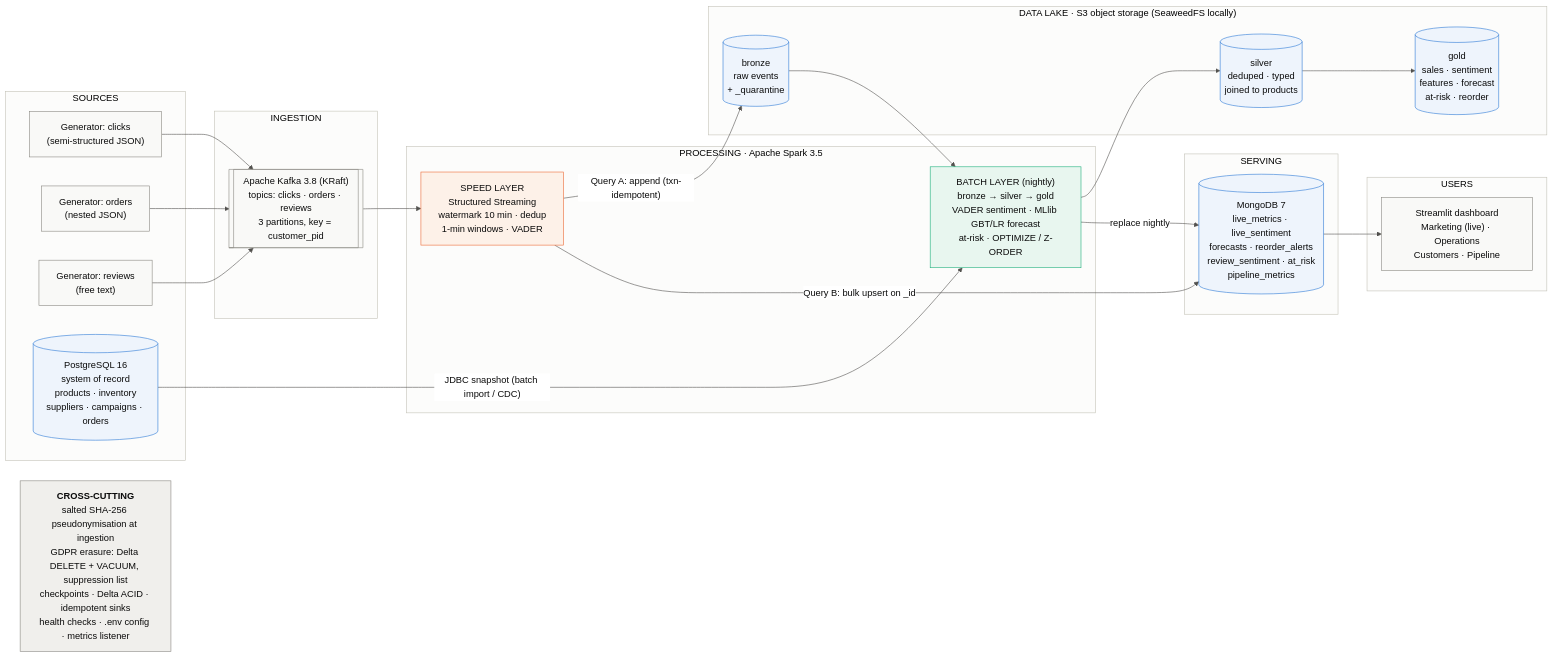
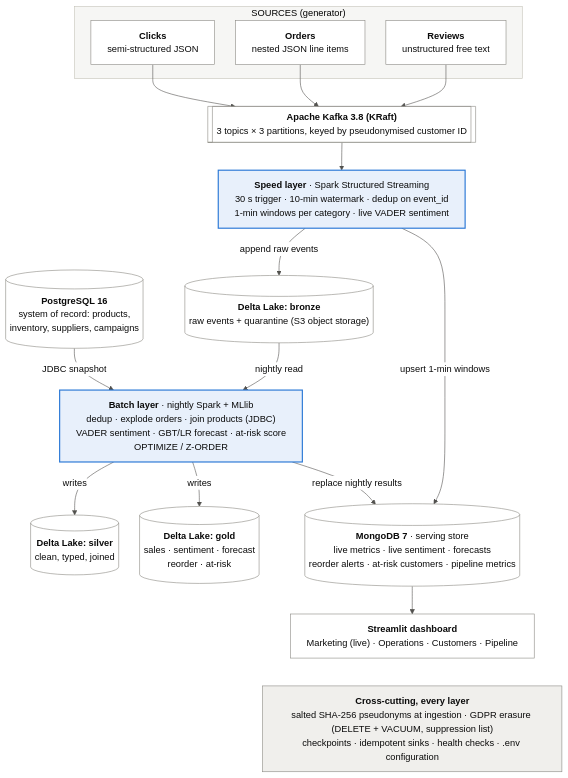
One commit to yvee2026/ezyshop-bigdata-prototype changed the diagram in docs/architecture.mmd. Above: the diagram before and after it, drawn with Mermaid. The commit also changed 2 other files, not shown here.

Commit message:
Architecture diagram: top-to-bottom Mermaid layout readable at A4
Removes nested groups (Mermaid overlapped them), renders at 2x for print,
and is now the single source for the README, report and video.

```diff
--- a/docs/architecture.mmd
+++ b/docs/architecture.mmd
@@ -1,55 +1,49 @@
 %% EzyShop Big Data prototype: Lambda architecture (render: make diagram)
-%%{init: {"theme": "base", "themeVariables": {"primaryColor": "#f9f9f7", "primaryBorderColor": "#898781", "primaryTextColor": "#0b0b0b", "lineColor": "#52514e", "clusterBkg": "#fcfcfb", "clusterBorder": "#c3c2b7", "edgeLabelBackground": "#ffffff"}}}%%
-flowchart LR
-  subgraph SRC["SOURCES"]
-    G1["Generator: clicks<br/>(semi-structured JSON)"]
-    G2["Generator: orders<br/>(nested JSON)"]
-    G3["Generator: reviews<br/>(free text)"]
-    PG[("PostgreSQL 16<br/>system of record<br/>products · inventory<br/>suppliers · campaigns · orders")]
+%% Top to bottom so it stays readable at A4 page width; no nested groups (Mermaid
+%% overlaps groups whose nodes link outside them).
+%%{init: {"theme": "base", "flowchart": {"nodeSpacing": 36, "rankSpacing": 48, "padding": 14, "wrappingWidth": 460}, "themeVariables": {"primaryColor": "#ffffff", "primaryBorderColor": "#898781", "primaryTextColor": "#0b0b0b", "lineColor": "#52514e", "clusterBkg": "#f6f6f4", "clusterBorder": "#c3c2b7", "edgeLabelBackground": "#ffffff", "fontSize": "16px"}}}%%
+flowchart TB
+  subgraph SRC["SOURCES (generator)"]
+    G1["<b>Clicks</b><br/>semi-structured JSON"]
+    G2["<b>Orders</b><br/>nested JSON line items"]
+    G3["<b>Reviews</b><br/>unstructured free text"]
   end
+  PG[("<b>PostgreSQL 16</b><br/>system of record: products,<br/>inventory, suppliers, campaigns")]
 
-  subgraph ING["INGESTION"]
-    K[["Apache Kafka 3.8 (KRaft)<br/>topics: clicks · orders · reviews<br/>3 partitions, key = customer_pid"]]
-  end
+  K[["<b>Apache Kafka 3.8 (KRaft)</b><br/>3 topics × 3 partitions, keyed by pseudonymised customer ID"]]
 
-  subgraph PROC["PROCESSING · Apache Spark 3.5"]
-    SP["SPEED LAYER<br/>Structured Streaming<br/>watermark 10 min · dedup<br/>1-min windows · VADER"]
-    BA["BATCH LAYER (nightly)<br/>bronze → silver → gold<br/>VADER sentiment · MLlib GBT/LR forecast<br/>at-risk · OPTIMIZE / Z-ORDER"]
-  end
+  SP["<b>Speed layer</b> · Spark Structured Streaming<br/>30 s trigger · 10-min watermark · dedup on event_id<br/>1-min windows per category · live VADER sentiment"]
 
-  subgraph LAKE["DATA LAKE · S3 object storage (SeaweedFS locally)"]
-    BR[("bronze<br/>raw events<br/>+ _quarantine")]
-    SI[("silver<br/>deduped · typed<br/>joined to products")]
-    GO[("gold<br/>sales · sentiment<br/>features · forecast<br/>at-risk · reorder")]
-  end
+  BR[("<b>Delta Lake: bronze</b><br/>raw events + quarantine (S3 object storage)")]
 
-  subgraph SERVE["SERVING"]
-    M[("MongoDB 7<br/>live_metrics · live_sentiment<br/>forecasts · reorder_alerts<br/>review_sentiment · at_risk<br/>pipeline_metrics")]
-  end
+  BA["<b>Batch layer</b> · nightly Spark + MLlib<br/>dedup · explode orders · join products (JDBC)<br/>VADER sentiment · GBT/LR forecast · at-risk score<br/>OPTIMIZE / Z-ORDER"]
 
-  subgraph USERS["USERS"]
-    D["Streamlit dashboard<br/>Marketing (live) · Operations<br/>Customers · Pipeline"]
-  end
+  SI[("<b>Delta Lake: silver</b><br/>clean, typed, joined")]
+  GO[("<b>Delta Lake: gold</b><br/>sales · sentiment · forecast<br/>reorder · at-risk")]
+
+  M[("<b>MongoDB 7</b> · serving store<br/>live metrics · live sentiment · forecasts<br/>reorder alerts · at-risk customers · pipeline metrics")]
+
+  D["<b>Streamlit dashboard</b><br/>Marketing (live) · Operations · Customers · Pipeline"]
+
+  X["<b>Cross-cutting, every layer</b><br/>salted SHA-256 pseudonyms at ingestion · GDPR erasure (DELETE + VACUUM, suppression list)<br/>checkpoints · idempotent sinks · health checks · .env configuration"]
 
   G1 --> K
   G2 --> K
   G3 --> K
   K --> SP
-  SP -- "Query A: append (txn-idempotent)" --> BR
-  SP -- "Query B: bulk upsert on _id" --> M
-  BR --> BA
-  PG -- "JDBC snapshot (batch import / CDC)" --> BA
-  BA --> SI --> GO
-  BA -- "replace nightly" --> M
+  SP -- "append raw events" --> BR
+  SP -- "upsert 1-min windows" --> M
+  BR -- "nightly read" --> BA
+  PG -- "JDBC snapshot" --> BA
+  BA -- "writes" --> SI
+  BA -- "writes" --> GO
+  BA -- "replace nightly results" --> M
   M --> D
+  D ~~~ X
 
-  X["<b>CROSS-CUTTING</b><br/>salted SHA-256 pseudonymisation at ingestion<br/>GDPR erasure: Delta DELETE + VACUUM, suppression list<br/>checkpoints · Delta ACID · idempotent sinks<br/>health checks · .env config · metrics listener"]
-
-  classDef speed fill:#fdf1e8,stroke:#eb6834,color:#0b0b0b;
-  classDef batch fill:#e8f6ef,stroke:#1baf7a,color:#0b0b0b;
-  classDef store fill:#eef4fc,stroke:#2a78d6,color:#0b0b0b;
+  classDef layer fill:#e8f0fb,stroke:#2a78d6,stroke-width:2px,color:#0b0b0b;
+  classDef store fill:#ffffff,stroke:#898781,color:#0b0b0b;
   classDef cross fill:#f0efec,stroke:#898781,color:#0b0b0b;
-  class SP speed;
-  class BA batch;
+  class SP,BA layer;
   class BR,SI,GO,M,PG store;
   class X cross;
```
